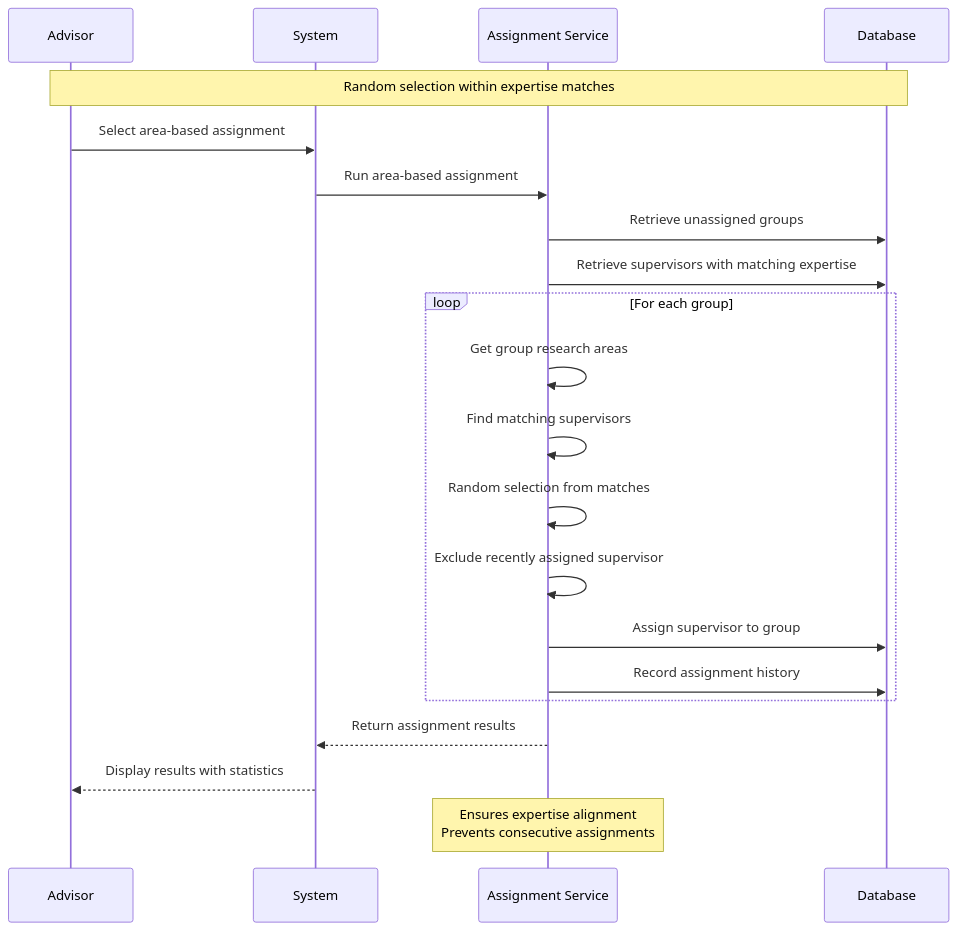
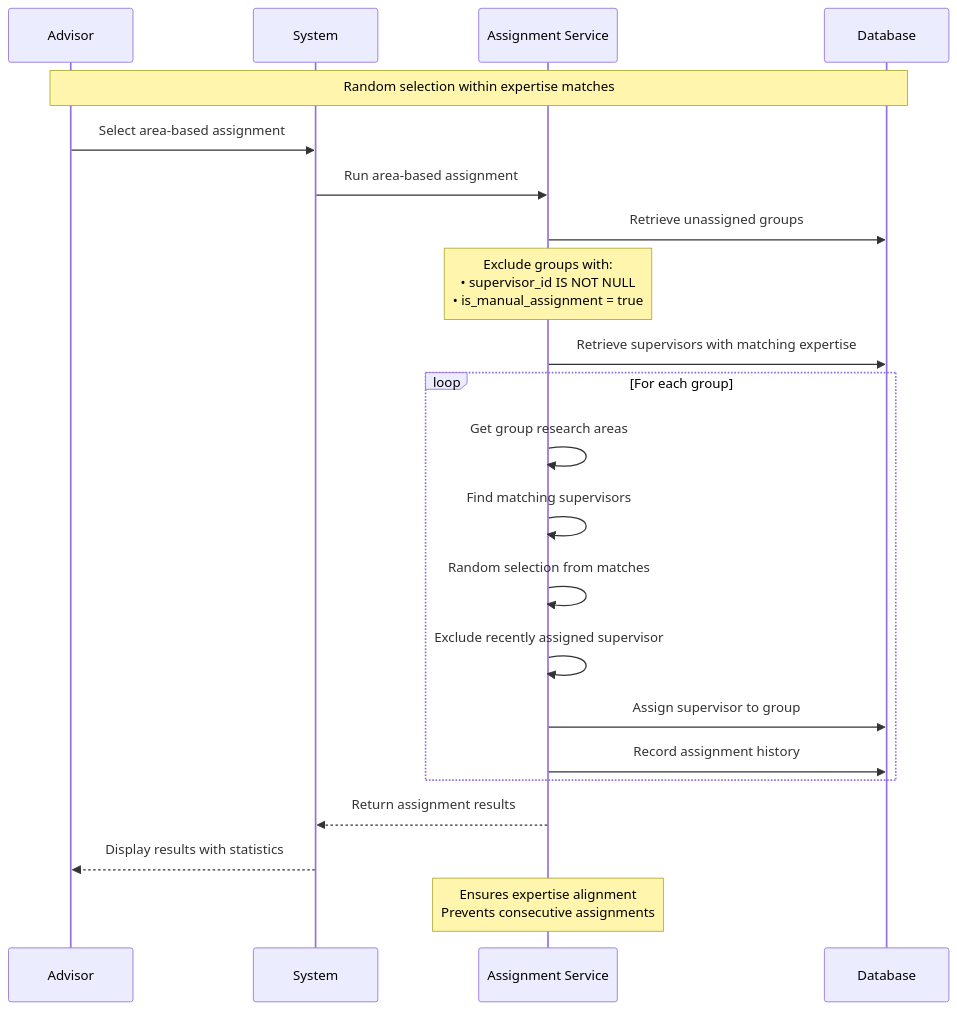
One commit to abdullah2323442/thesisrepo-backup changed diagram 20 of 35 in sequence-academic.md. Above: the diagram before and after it, drawn with Mermaid. The commit also changed other lines of this file, not shown here.

Commit message:
update sequence academic md

````diff
--- a/sequence-academic.md
+++ b/sequence-academic.md
@@ -579,29 +614,30 @@
 ```mermaid
 sequenceDiagram
     participant Advisor
     participant System
     participant Assignment Service
     participant Database
 
     Note over Advisor,Database: Random selection within expertise matches
     
     Advisor->>System: Select area-based assignment
     System->>Assignment Service: Run area-based assignment
     
     Assignment Service->>Database: Retrieve unassigned groups
+    Note over Assignment Service: Exclude groups with:<br/>• supervisor_id IS NOT NULL<br/>• is_manual_assignment = true
     Assignment Service->>Database: Retrieve supervisors with matching expertise
     
     loop For each group
         Assignment Service->>Assignment Service: Get group research areas
         Assignment Service->>Assignment Service: Find matching supervisors
         Assignment Service->>Assignment Service: Random selection from matches
         Assignment Service->>Assignment Service: Exclude recently assigned supervisor
         Assignment Service->>Database: Assign supervisor to group
         Assignment Service->>Database: Record assignment history
     end
     
     Assignment Service-->>System: Return assignment results
     System-->>Advisor: Display results with statistics
     
     Note over Assignment Service: Ensures expertise alignment<br/>Prevents consecutive assignments
 ```
````
